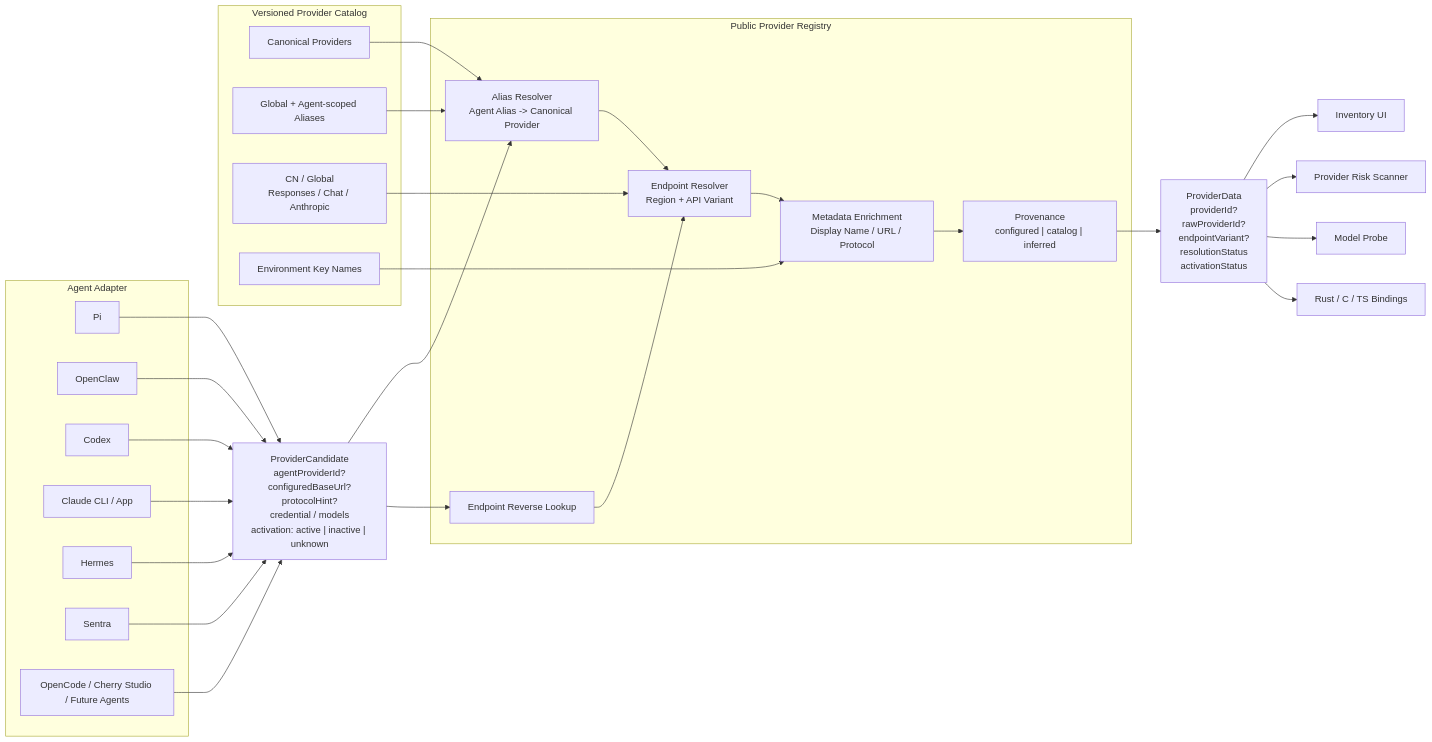
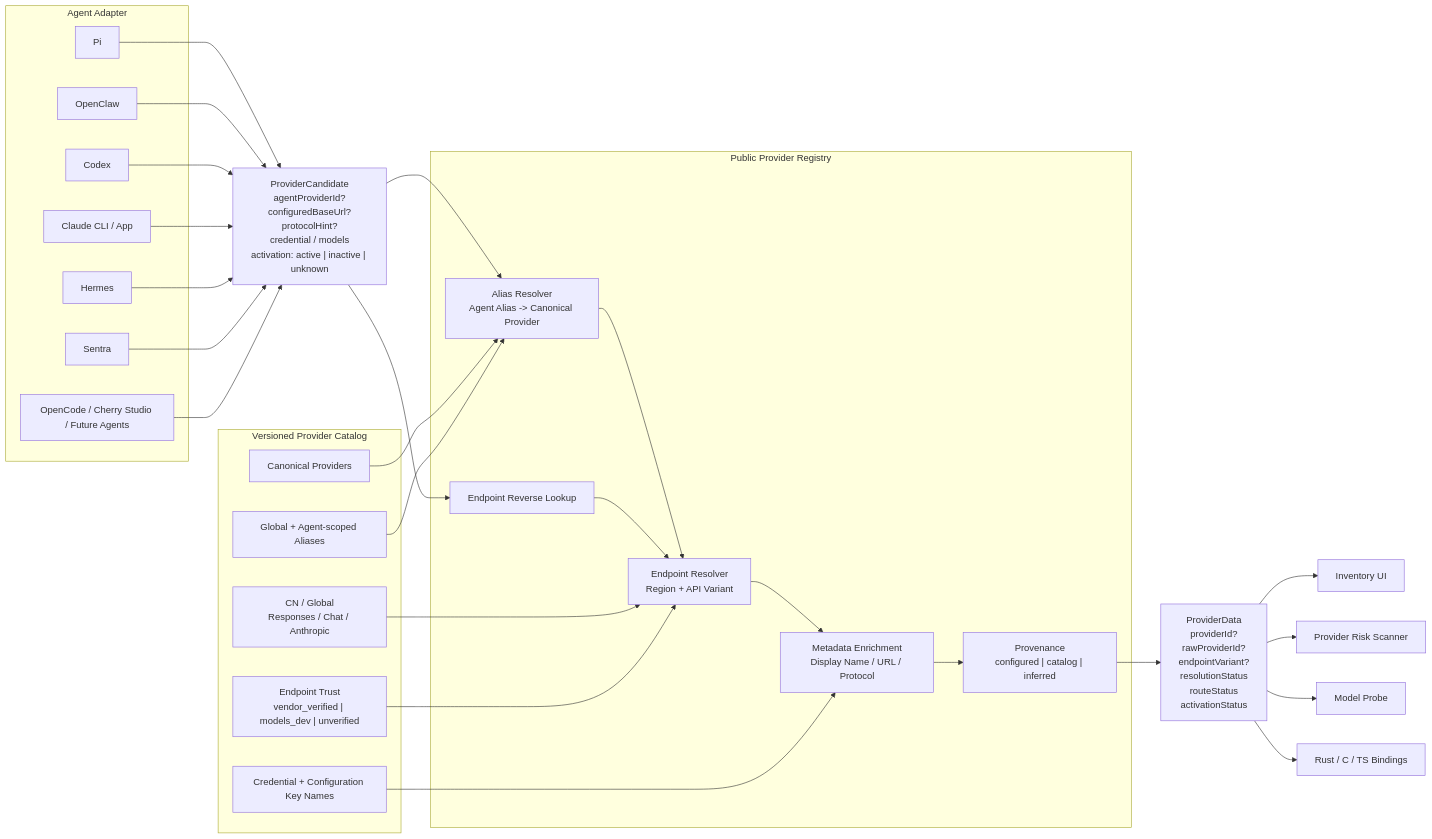
The diagram in DESIGN.md (flash-dev-ctrl/sentra-lib), drawn with Mermaid before and after one commit. The commit also changed other lines of this file and 12 other files, not shown here.

Commit message:
feat: add trusted provider endpoint catalog

````diff
--- a/DESIGN.md
+++ b/DESIGN.md
@@ -29,51 +31,53 @@
 ```mermaid
 flowchart LR
     subgraph Agents["Agent Adapter"]
         Pi["Pi"]
         OpenClaw["OpenClaw"]
         Codex["Codex"]
         Claude["Claude CLI / App"]
         Hermes["Hermes"]
         Sentra["Sentra"]
         Future["OpenCode / Cherry Studio / Future Agents"]
     end
 
     Pi --> Candidate
     OpenClaw --> Candidate
     Codex --> Candidate
     Claude --> Candidate
     Hermes --> Candidate
     Sentra --> Candidate
     Future --> Candidate
 
     Candidate["ProviderCandidate<br/>agentProviderId?<br/>configuredBaseUrl?<br/>protocolHint?<br/>credential / models<br/>activation: active | inactive | unknown"]
 
     subgraph Registry["Public Provider Registry"]
         Alias["Alias Resolver<br/>Agent Alias -> Canonical Provider"]
         Endpoint["Endpoint Resolver<br/>Region + API Variant"]
         Reverse["Endpoint Reverse Lookup"]
         Enrich["Metadata Enrichment<br/>Display Name / URL / Protocol"]
         Provenance["Provenance<br/>configured | catalog | inferred"]
     end
 
     Candidate --> Alias --> Endpoint --> Enrich --> Provenance
     Candidate --> Reverse --> Endpoint
 
     subgraph Catalog["Versioned Provider Catalog"]
         Providers["Canonical Providers"]
         Aliases["Global + Agent-scoped Aliases"]
         Endpoints["CN / Global<br/>Responses / Chat / Anthropic"]
-        Auth["Environment Key Names"]
+        Auth["Credential + Configuration Key Names"]
+        Trust["Endpoint Trust<br/>vendor_verified | models_dev | unverified"]
     end
 
     Providers --> Alias
     Aliases --> Alias
     Endpoints --> Endpoint
     Auth --> Enrich
+    Trust --> Endpoint
 
-    Provenance --> Resolved["ProviderData<br/>providerId?<br/>rawProviderId?<br/>endpointVariant?<br/>resolutionStatus<br/>activationStatus"]
+    Provenance --> Resolved["ProviderData<br/>providerId?<br/>rawProviderId?<br/>endpointVariant?<br/>resolutionStatus<br/>routeStatus<br/>activationStatus"]
     Resolved --> Inventory["Inventory UI"]
     Resolved --> Risk["Provider Risk Scanner"]
     Resolved --> Probe["Model Probe"]
     Resolved --> Bindings["Rust / C / TS Bindings"]
 ```
````
